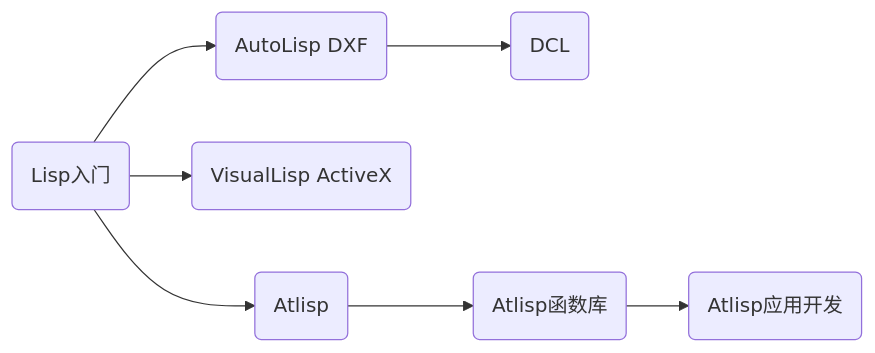
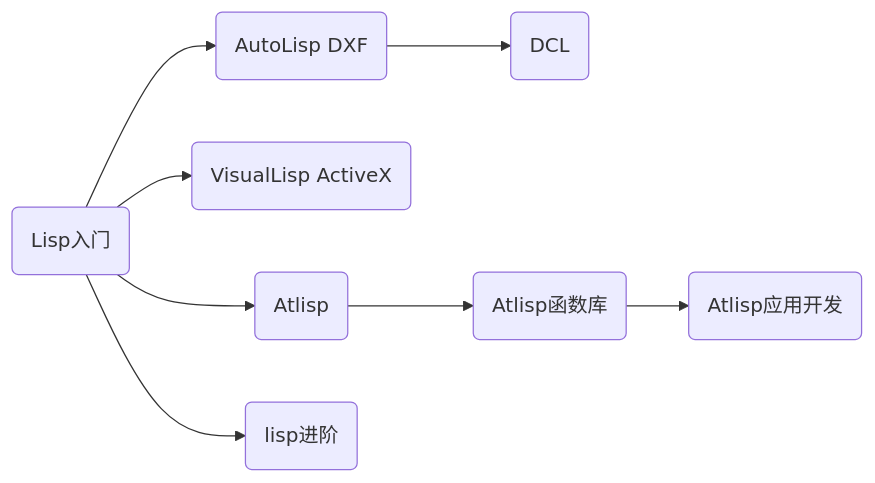
Before and after one commit to atlisp-org/atlisp-docs: the diagram in README.org, drawn with Mermaid.

```diff
--- a/README.org
+++ b/README.org
@@ -8,15 +8,13 @@
 #+begin_src mermaid
   graph LR
-      A(Lisp入门)-->B(AutoLisp DXF);
-      B-->C(DCL);
+      A(Lisp入门)-->B(AutoLisp DXF)-->C(DCL);
       A-->D(VisualLisp ActiveX);
-      A-->E(Atlisp);
-      E-->F(Atlisp函数库)
-      F-->G(Atlisp应用开发)
+      A-->E(Atlisp)-->F(Atlisp函数库)-->G(Atlisp应用开发);
+      A-->H(lisp进阶);    
 
       %% click A "https://gitee.com/atlisp/atlisp-docs/blob/main/Lisp%E5%85%A5%E9%97%A8/1-lisp.org" _blank
       %% click B "https://gitee.com/atlisp/atlisp-docs/blob/main/AutoLisp/learning-autolisp.md" "_blank" _blank
       %% click E "https://gitee.com/atlisp/atlisp-docs/blob/main/@lisp/%E5%A6%82%E4%BD%95%E4%BD%BF%E7%94%A8@lisp.org" _blank
       %% click F "https://gitee.com/atlisp/atlisp-docs/blob/main/@lisp/@lisp%E5%87%BD%E6%95%B0%E5%BA%93.org" _blank
       %% click G "https://gitee.com/atlisp/atlisp-docs/blob/main/@lisp/@lisp%E5%BA%94%E7%94%A8%E5%BC%80%E5%8F%91%E8%AF%B4%E6%98%8E.org" _blank
 #+end_src
```
